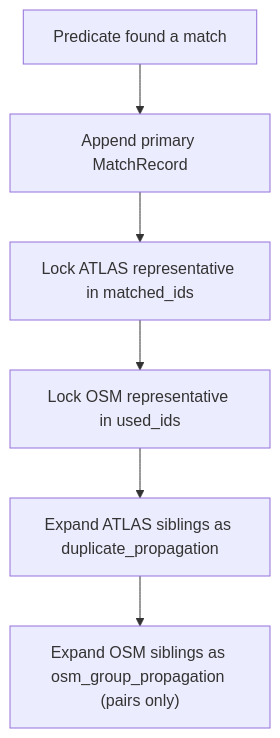
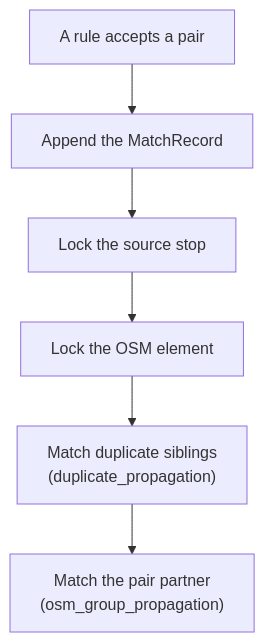
One commit to openTdataCH/osm-public-transport-matcher changed the diagram in documentation/2. Matching process.md. Above: the diagram before and after it, drawn with Mermaid. The commit also changed other lines of this file and 31 other files, not shown here.

````diff
--- a/documentation/2. Matching process.md
+++ b/documentation/2. Matching process.md
@@ -167,8 +147,8 @@
 ```mermaid
 flowchart TB
-    A["Predicate found a match"] --> B["Append primary MatchRecord"]
-    B --> C["Lock ATLAS representative in matched_ids"]
-    C --> D["Lock OSM representative in used_ids"]
-    D --> E["Expand ATLAS siblings as duplicate_propagation"]
-    E --> F["Expand OSM siblings as osm_group_propagation (pairs only)"]
+    A["A rule accepts a pair"] --> B["Append the MatchRecord"]
+    B --> C["Lock the source stop"]
+    C --> D["Lock the OSM element"]
+    D --> E["Match duplicate siblings<br/>(duplicate_propagation)"]
+    E --> F["Match the pair partner<br/>(osm_group_propagation)"]
 ```
````
